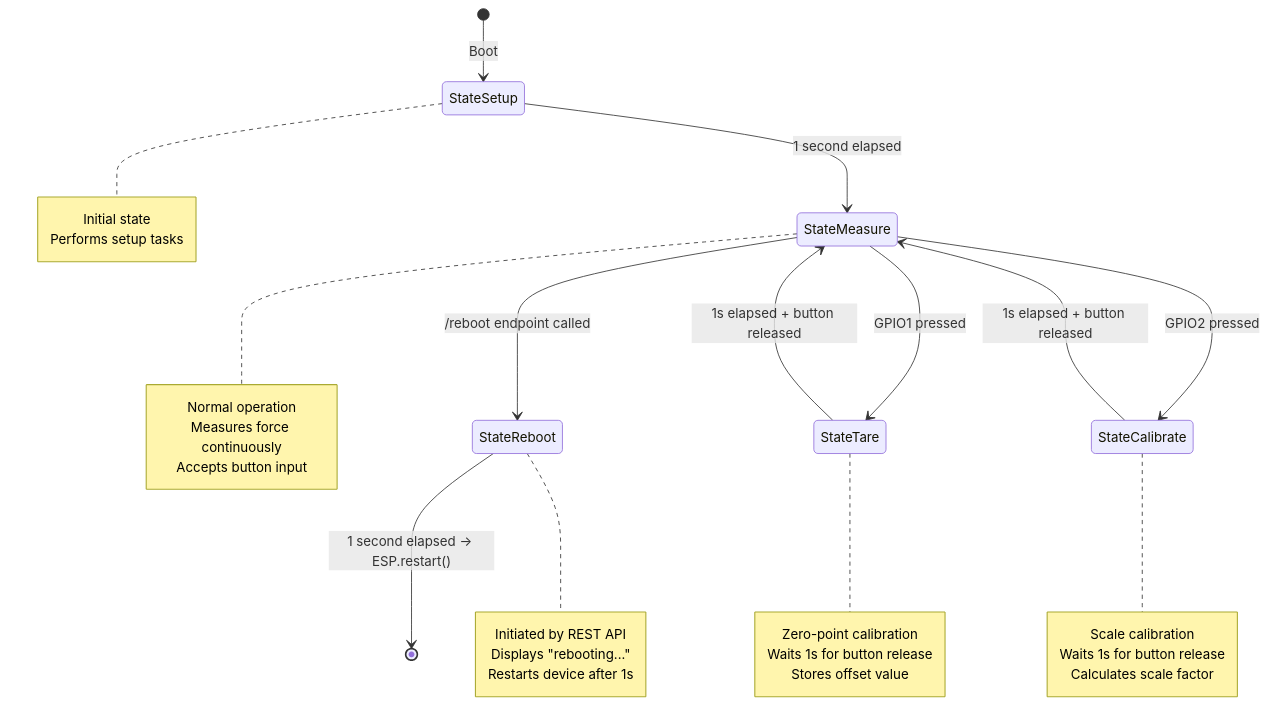
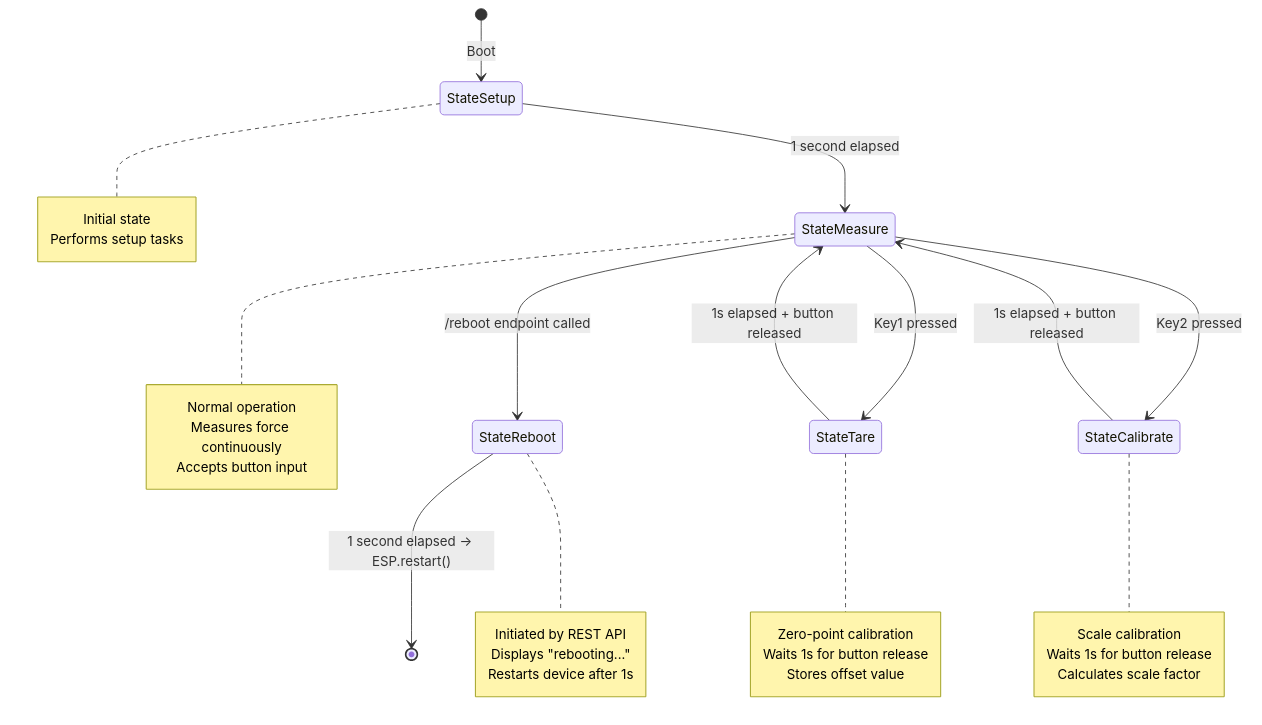
The diagram in README.md (ThomasZehnder/ch.zhs.esp32-c3.force-sensor), drawn with Mermaid before and after one commit.

Commit message:
Key naming changed

````diff
--- a/README.md
+++ b/README.md
@@ -107,43 +107,43 @@
 ```mermaid
 stateDiagram-v2
     [*] --> StateSetup: Boot
     
     StateSetup --> StateMeasure: 1 second elapsed
     
-    StateMeasure --> StateTare: GPIO1 pressed
-    StateMeasure --> StateCalibrate: GPIO2 pressed
+    StateMeasure --> StateTare: Key1 pressed
+    StateMeasure --> StateCalibrate: Key2 pressed
     StateMeasure --> StateReboot: /reboot endpoint called
     
     StateTare --> StateMeasure: 1s elapsed + button released
     StateCalibrate --> StateMeasure: 1s elapsed + button released
     StateReboot --> [*]: 1 second elapsed → ESP.restart()
     
     note right of StateSetup
         Initial state
         Performs setup tasks
     end note
     
     note right of StateMeasure
         Normal operation
         Measures force continuously
         Accepts button input
     end note
     
     note right of StateTare
         Zero-point calibration
         Waits 1s for button release
         Stores offset value
     end note
     
     note right of StateCalibrate
         Scale calibration
         Waits 1s for button release
         Calculates scale factor
     end note
     
     note right of StateReboot
         Initiated by REST API
         Displays "rebooting..."
         Restarts device after 1s
     end note
 ```
````
